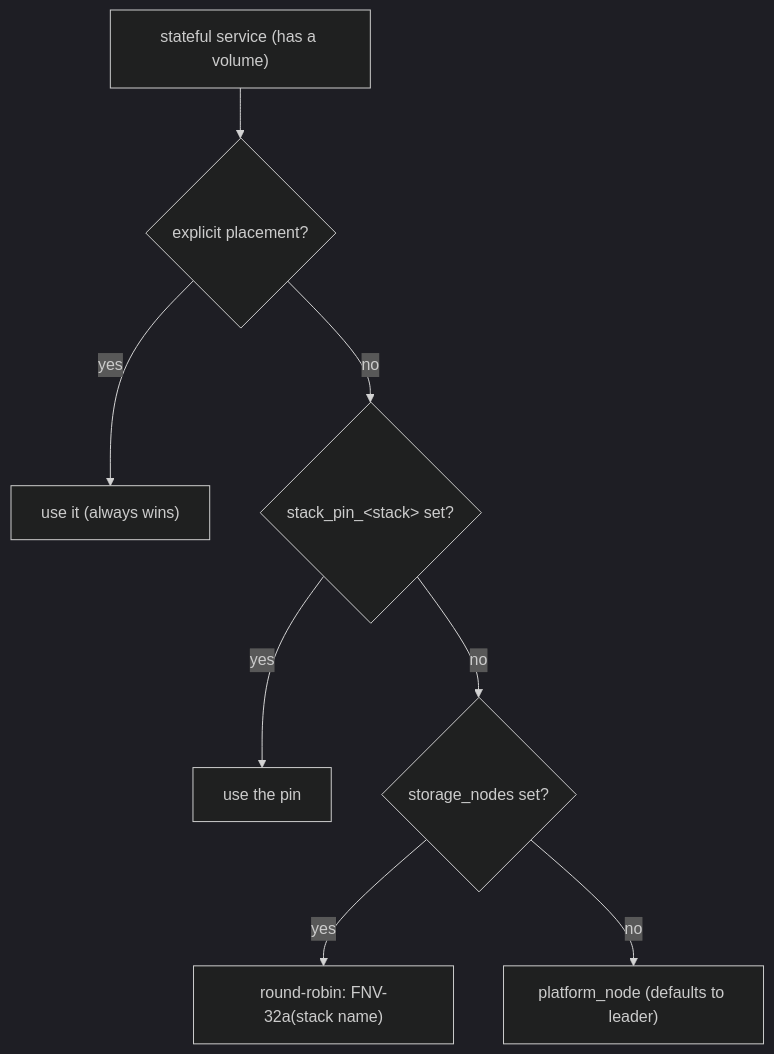
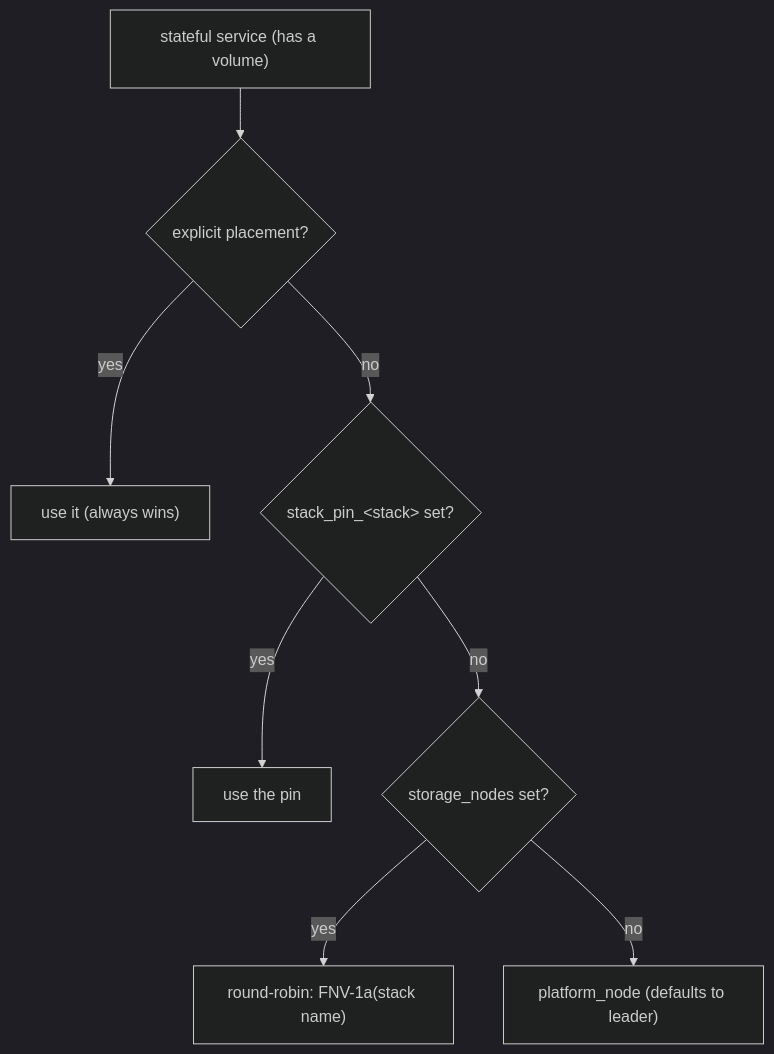
Before and after one commit to hazemarian/poor-man-cluster: the seventh of 10 diagrams in docs/whitepaper.md, drawn with Mermaid (dark theme). The commit also changed 2 other files, not shown here.

Commit message:
docs: name the placement hash correctly and consistently
Three docs disagreed with each other and with the code. `roundRobinNode` calls
`fnv.New32a()` — FNV-1a with a 32-bit output — and CHANGELOG.md already said so.
A pass-2 "correction" turned dsl.md's accurate "FNV-1a" into "FNV-32a", which is
not a real algorithm name, and the whitepaper carried the same error.

All three now say FNV-1a (32-bit); the storage doc names the Go call itself so the
claim is checkable.

````diff
--- a/docs/whitepaper.md
+++ b/docs/whitepaper.md
@@ -216,10 +216,10 @@
 ```mermaid
 flowchart TD
     S["stateful service (has a volume)"] --> E{explicit placement?}
     E -- "yes" --> P1["use it (always wins)"]
     E -- "no" --> P2{stack_pin_&lt;stack&gt; set?}
     P2 -- "yes" --> P2A["use the pin"]
     P2 -- "no" --> P3{storage_nodes set?}
-    P3 -- "yes" --> RR["round-robin: FNV-32a(stack name)"]
+    P3 -- "yes" --> RR["round-robin: FNV-1a(stack name)"]
     P3 -- "no" --> PN["platform_node (defaults to leader)"]
 ```
````
